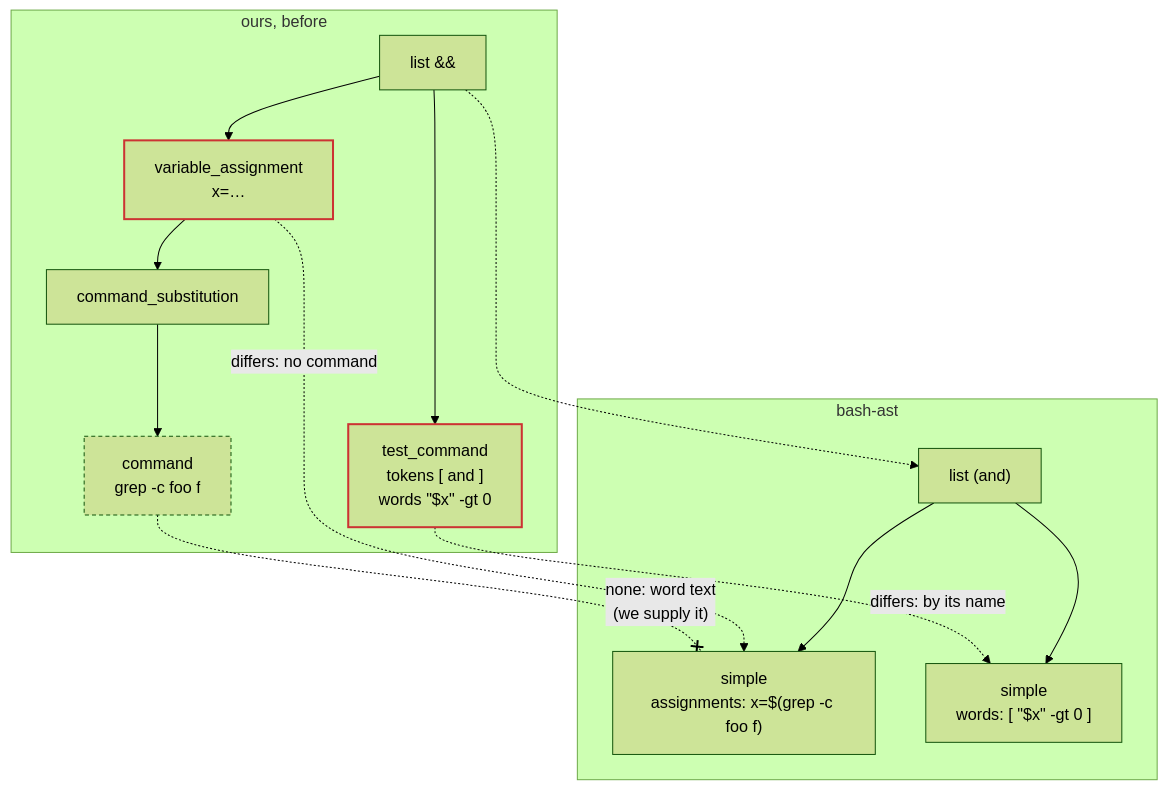
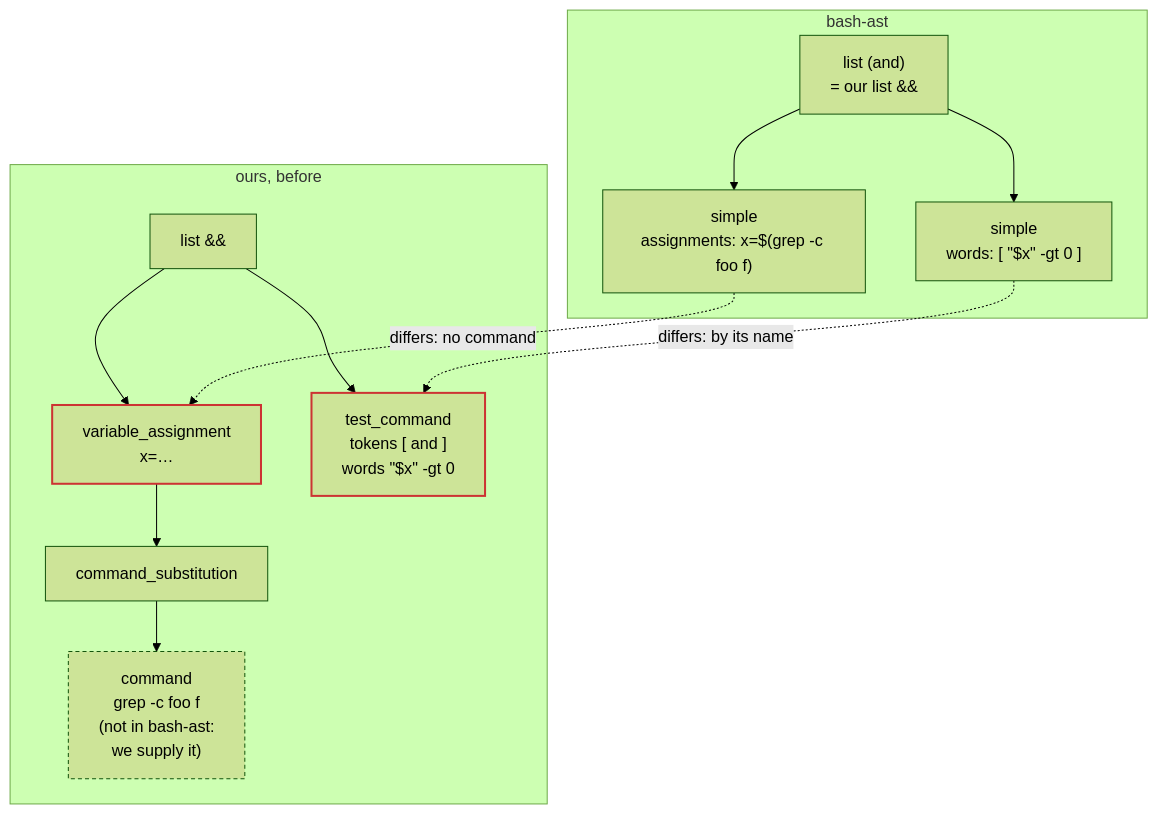
One commit to sf624/bash-explainer changed the first of 3 diagrams in docs/design/syntax-tree.md. Above: the diagram before and after it, drawn with Mermaid (forest theme). The commit also changed other lines of this file, not shown here.

First line of the commit message:
Design of command nodes: fixes from the review, and diagrams without crossing links

````diff
--- a/docs/design/syntax-tree.md
+++ b/docs/design/syntax-tree.md
@@ -191,21 +193,19 @@
 ```mermaid
 flowchart TB
+  subgraph bash["bash-ast"]
+    A1["list (and)<br/>= our list #amp;#amp;"] --> A2["simple<br/>assignments: x=$(grep -c foo f)"]
+    A1 --> A3["simple<br/>words: [ #quot;$x#quot; -gt 0 ]"]
+  end
   subgraph before["ours, before"]
     B1["list #amp;#amp;"] --> B2["variable_assignment<br/>x=…"]
     B2 --> B3["command_substitution"]
-    B3 --> B4["command<br/>grep -c foo f"]
+    B3 --> B4["command<br/>grep -c foo f<br/>(not in bash-ast:<br/>we supply it)"]
     B1 --> B5["test_command<br/>tokens [ and ]<br/>words #quot;$x#quot; -gt 0"]
   end
-  subgraph bash["bash-ast"]
-    A1["list (and)"] --> A2["simple<br/>assignments: x=$(grep -c foo f)"]
-    A1 --> A3["simple<br/>words: [ #quot;$x#quot; -gt 0 ]"]
-  end
-  B1 -.-> A1
-  B2 -. "differs: no command" .-> A2
-  B5 -. "differs: by its name" .-> A3
-  B4 -. "none: word text<br/>(we supply it)" .-x A2
+  A2 -. "differs: no command" .-> B2
+  A3 -. "differs: by its name" .-> B5
   classDef differs stroke:#c33,stroke-width:2px
   classDef supplied stroke-dasharray:4 3
   class B2,B5 differs
   class B4 supplied
 ```
````
